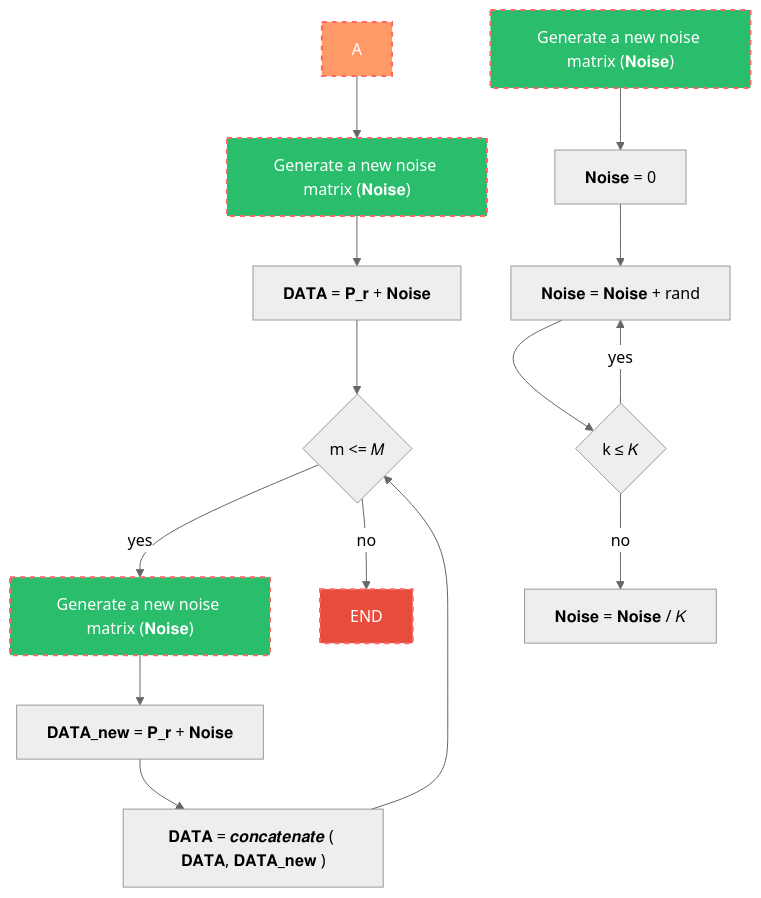
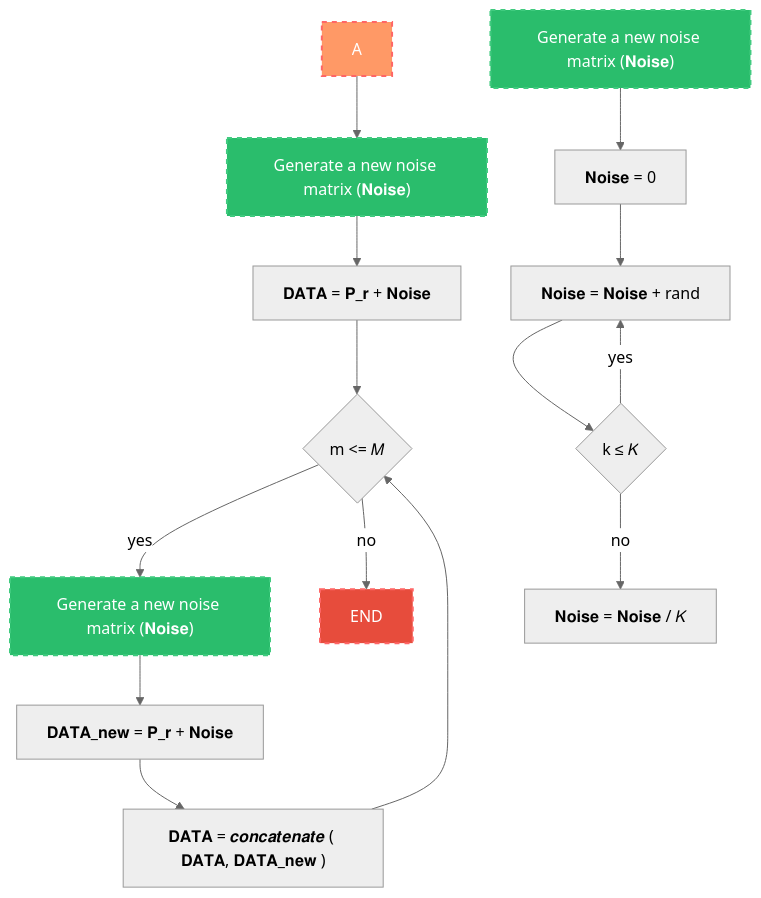
Before and after one commit to anakings/Tesis: the second of 2 diagrams in README.md, drawn with Mermaid (neutral theme).

````diff
--- a/README.md
+++ b/README.md
@@ -47,23 +47,23 @@
 ```mermaid
     graph
     noise_1[A] --> ADD1["Generate a new noise matrix (𝐍𝐨𝐢𝐬𝐞)"]
-    style ADD1 fill:#2ABD6C,stroke:#f66,stroke-width:2px,color:#fff,stroke-dasharray: 5 5
+    style ADD1 fill:#2ABD6C,stroke:#40CB7F,stroke-width:2px,color:#fff,stroke-dasharray: 5 5
     ADD1 --> noise_2["𝐃𝐀𝐓𝐀 = 𝐏_𝐫 + 𝐍𝐨𝐢𝐬𝐞"]
     style noise_1 fill:#f96,stroke:#f66,stroke-width:2px,color:#fff,stroke-dasharray: 5 5
     noise_2 --> noise_3{"m <= 𝑀"}
     noise_3 --> |yes|noise_5["Generate a new noise matrix (𝐍𝐨𝐢𝐬𝐞)"]
-    style noise_5 fill:#2ABD6C,stroke:#f66,stroke-width:2px,color:#fff,stroke-dasharray: 5 5
+    style noise_5 fill:#2ABD6C,stroke:#40CB7F,stroke-width:2px,color:#fff,stroke-dasharray: 5 5
     noise_5 --> noise_6["𝐃𝐀𝐓𝐀_𝐧𝐞𝐰 = 𝐏_𝐫 + 𝐍𝐨𝐢𝐬𝐞"]
     noise_6 --> noise_7["𝐃𝐀𝐓𝐀 = 𝒄𝒐𝒏𝒄𝒂𝒕𝒆𝒏𝒂𝒕𝒆 ( 𝐃𝐀𝐓𝐀, 𝐃𝐀𝐓𝐀_𝐧𝐞𝐰 )"]
     noise_7 --> noise_3
     
     noise_3 --> |no|noise_4[END]
     style noise_4 fill:#E74C3C,stroke:#f66,stroke-width:2px,color:#fff,stroke-dasharray: 5 5
 
     id_1["Generate a new noise matrix (𝐍𝐨𝐢𝐬𝐞)"] --> id_2["𝐍𝐨𝐢𝐬𝐞 = 0"]
-    style id_1 fill:#2ABD6C,stroke:#f66,stroke-width:2px,color:#fff,stroke-dasharray: 5 5
+    style id_1 fill:#2ABD6C,stroke:#40CB7F,stroke-width:2px,color:#fff,stroke-dasharray: 5 5
     id_2 --> id_3["𝐍𝐨𝐢𝐬𝐞 = 𝐍𝐨𝐢𝐬𝐞 + rand"]
     id_3 --> id_4{"k ≤ 𝐾"}
     id_4 --> |yes|id_3
     id_4 --> |no|id_5["𝐍𝐨𝐢𝐬𝐞 = 𝐍𝐨𝐢𝐬𝐞 / 𝐾"]
 ```
````
